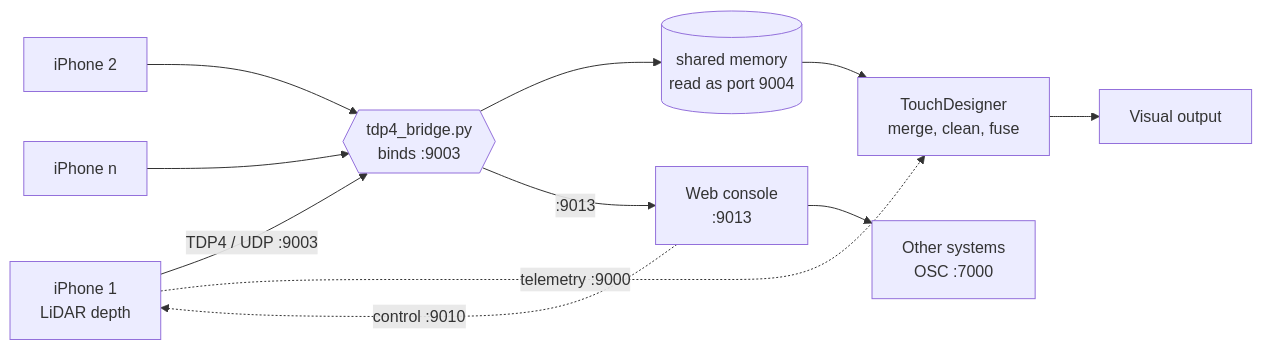
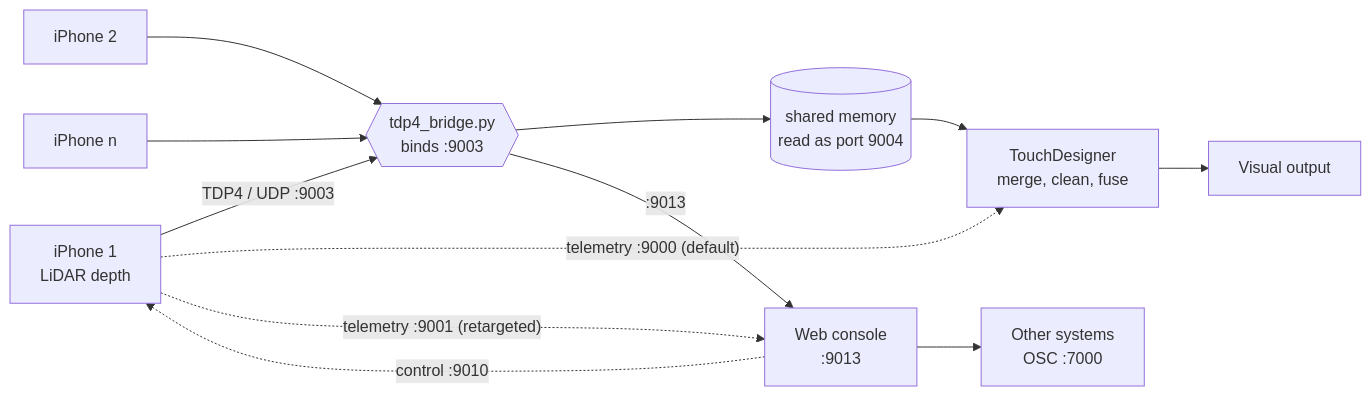
Before and after one commit to AristidesAI/TDStage-Docs: the first of 2 diagrams in reference/ports.md, drawn with Mermaid. The commit also changed other lines of this file and 26 other files, not shown here.

First line of the commit message:
TouchDesigner: a pipeline page, six diagrams, and seven corrections

````diff
--- a/reference/ports.md
+++ b/reference/ports.md
@@ -31,20 +50,21 @@
 ```mermaid
 flowchart LR
   P1["iPhone 1<br/>LiDAR depth"]
   P2["iPhone 2"]
   PN["iPhone n"]
   BR{{"tdp4_bridge.py<br/>binds :9003"}}
   SHM[("shared memory<br/>read as port 9004")]
   TD["TouchDesigner<br/>merge, clean, fuse"]
   CO["Web console<br/>:9013"]
   OUT["Visual output"]
   CLI["Other systems<br/>OSC :7000"]
 
   P1 -- "TDP4 / UDP :9003" --> BR
   P2 --> BR
   PN --> BR
   BR --> SHM --> TD --> OUT
   BR -- ":9013" --> CO --> CLI
-  P1 -. "telemetry :9000" .-> TD
+  P1 -. "telemetry :9000 (default)" .-> TD
+  P1 -. "telemetry :9001 (retargeted)" .-> CO
   CO -. "control :9010" .-> P1
 ```
````
